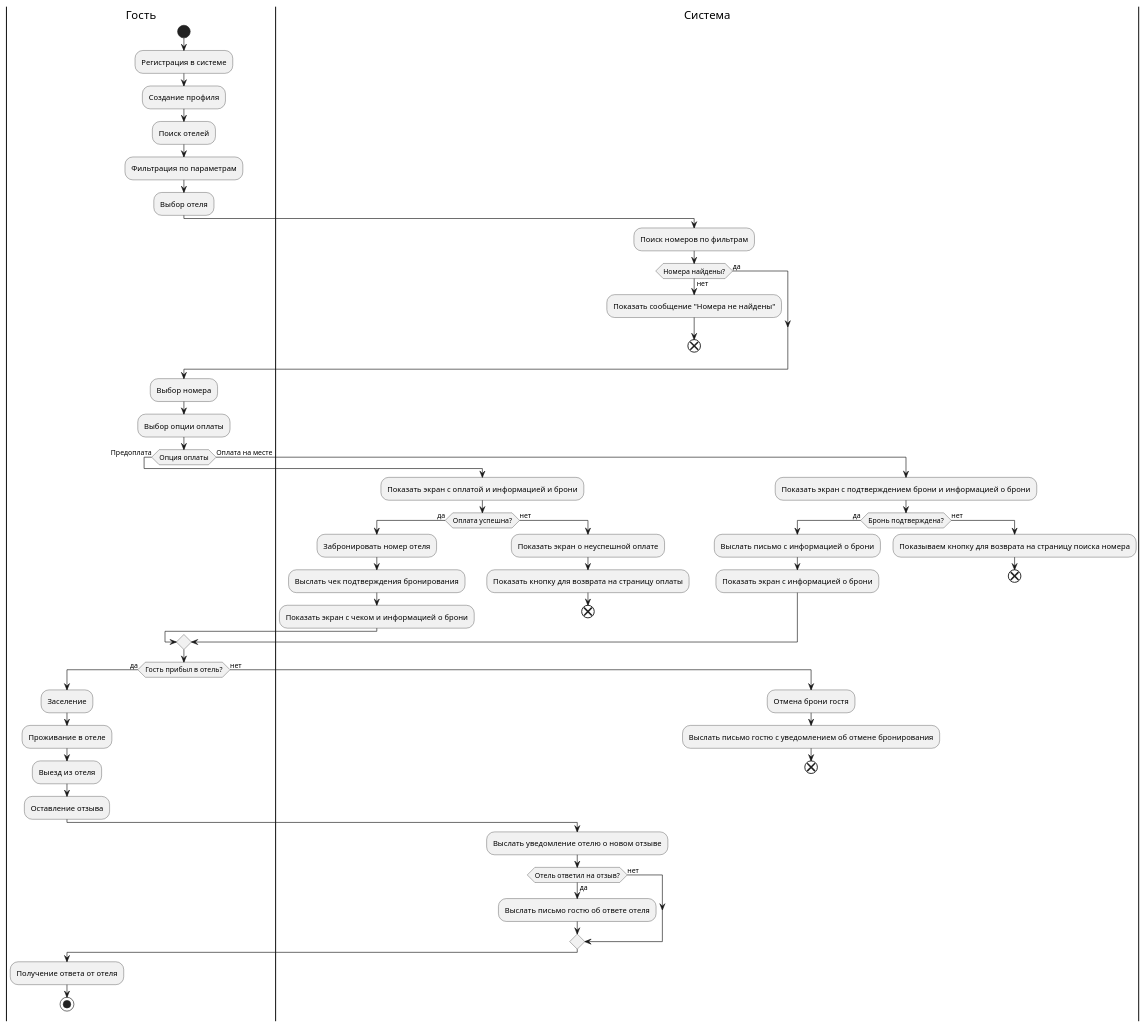
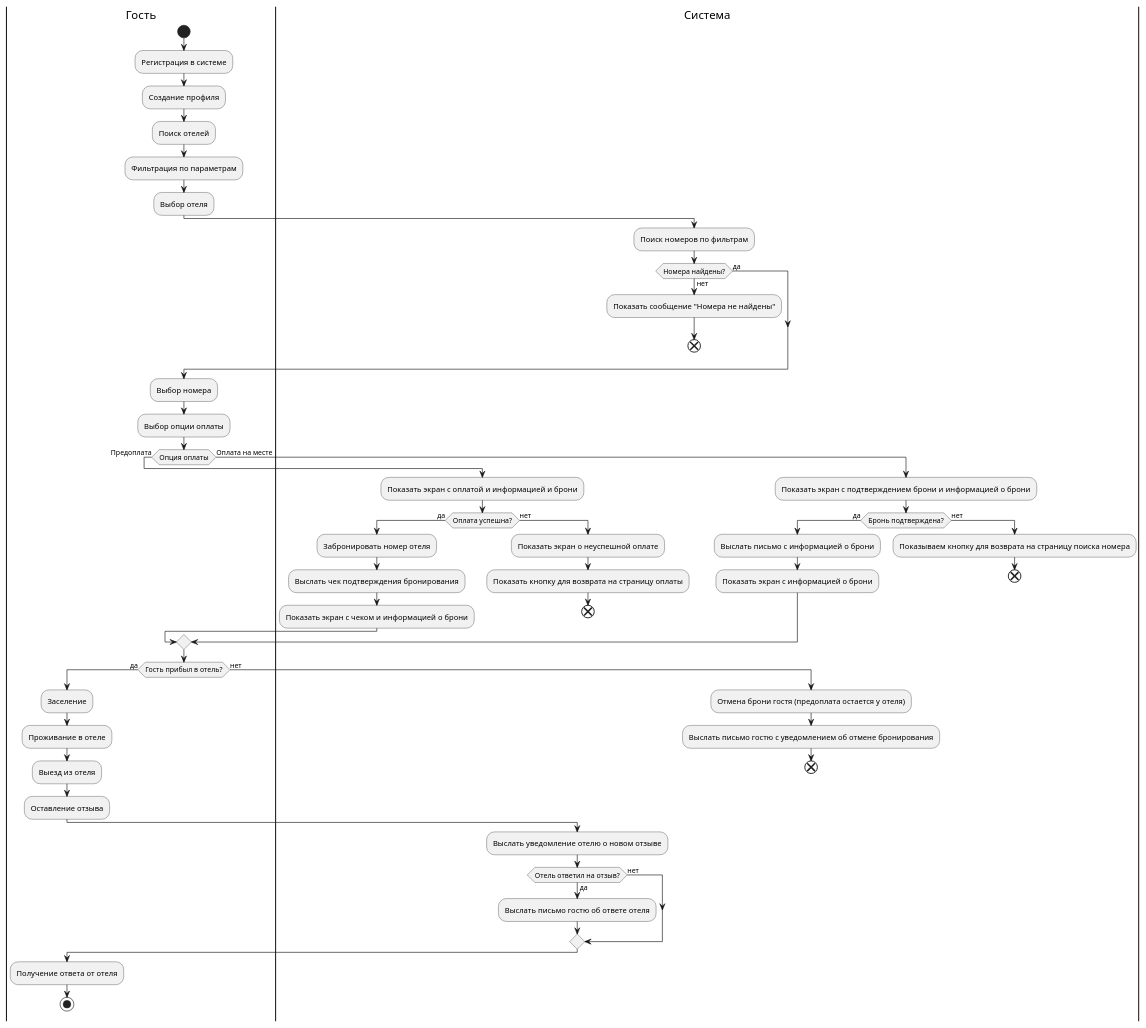
Before and after one commit to GornikMaria/SoftwareDevelopmentTechnology: the diagram in Diagrams/Activity.puml, drawn with PlantUML. The commit also changed 3 other files, not shown here.

```diff
--- a/Diagrams/Activity.puml
+++ b/Diagrams/Activity.puml
@@ -1,79 +1,79 @@
 @startuml
 |Гость|
 start
 
 :Регистрация в системе;
 :Создание профиля;
 
 :Поиск отелей;
 :Фильтрация по параметрам;
 :Выбор отеля;
 
 |Система|
 :Поиск номеров по фильтрам;
 if (Номера найдены?) then (да)
   else (нет)
     :Показать сообщение "Номера не найдены";
     end
 endif
 
 |Гость|
 :Выбор номера;
 :Выбор опции оплаты;
 
 if (Опция оплаты) then (Предоплата) 
     |Система|
     :Показать экран с оплатой и информацией и брони;
 
     |Система|
     if (Оплата успешна?) then (да) 
         :Забронировать номер отеля;
         :Выслать чек подтверждения бронирования;
         :Показать экран с чеком и информацией о брони;
       else (нет) 
         :Показать экран о неуспешной оплате;
         :Показать кнопку для возврата на страницу оплаты;
         end
     endif
   else (Оплата на месте)
     |Система|
     :Показать экран с подтверждением брони и информацией о брони;
 
     if (Бронь подтверждена?) then (да) 
         :Выслать письмо с информацией о брони;
         :Показать экран с информацией о брони;
       else (нет)
         :Показываем кнопку для возврата на страницу поиска номера;
         end
     endif
 endif
 
 |Гость|
 if (Гость прибыл в отель?) then (да)
     :Заселение;
     :Проживание в отеле;
     :Выезд из отеля;
 
     :Оставление отзыва;
 
     |Система|
     :Выслать уведомление отелю о новом отзыве;
 
     if (Отель ответил на отзыв?) then (да)
         :Выслать письмо гостю об ответе отеля;
       else (нет)
     endif
 
     |Гость|
     :Получение ответа от отеля;
     stop
 
   else (нет)
     |Система|
-    :Отмена брони гостя;
+    :Отмена брони гостя (предоплата остается у отеля);
     :Выслать письмо гостю с уведомлением об отмене бронирования;
     end
 endif
 
 
 @enduml
```
